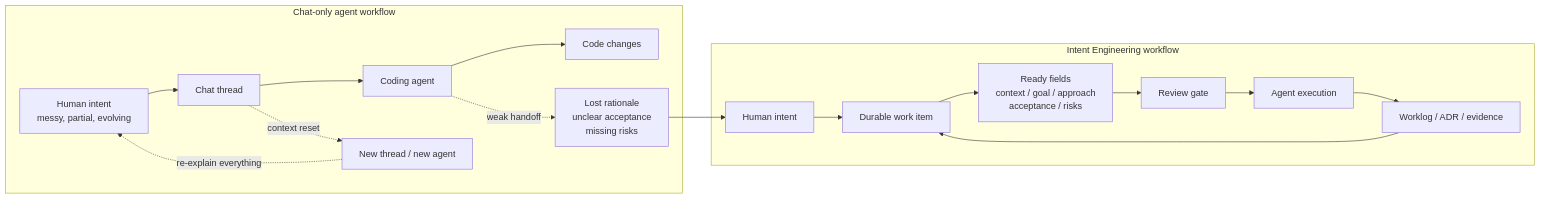
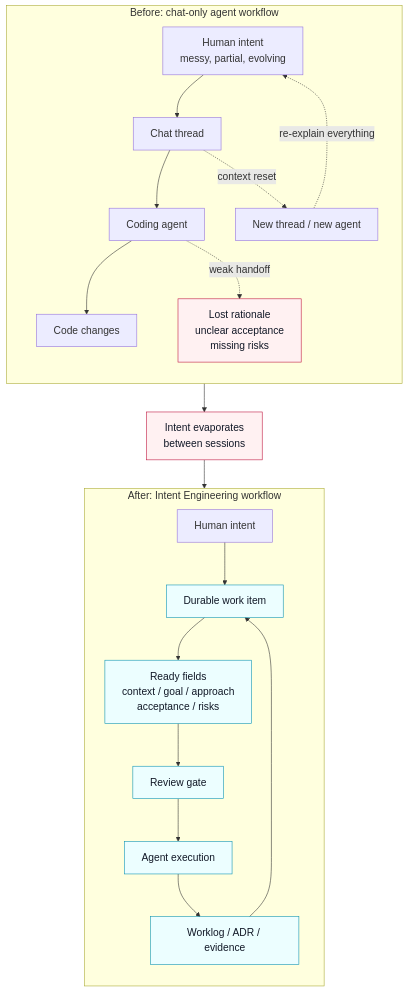
Before and after one commit to kanohorizonia/kano-agent-backlog-skill: the diagram in README.md, drawn with Mermaid.

Commit message:
KOB-TSK-0033: make intent diagram readable

````diff
--- a/README.md
+++ b/README.md
@@ -29,20 +29,31 @@
 ```mermaid
-flowchart LR
-    subgraph Before["Chat-only agent workflow"]
+%%{init: {"themeVariables": {"fontSize": "18px", "fontFamily": "Inter, Segoe UI, Arial, sans-serif"}} }%%
+flowchart TB
+    subgraph Before["Before: chat-only agent workflow"]
+        direction TB
         A["Human intent<br/>messy, partial, evolving"] --> B["Chat thread"]
         B --> C["Coding agent"]
         C --> D["Code changes"]
-        B -. context reset .-> E["New thread / new agent"]
-        E -. re-explain everything .-> A
-        C -. weak handoff .-> F["Lost rationale<br/>unclear acceptance<br/>missing risks"]
+        B -. "context reset" .-> E["New thread / new agent"]
+        E -. "re-explain everything" .-> A
+        C -. "weak handoff" .-> F["Lost rationale<br/>unclear acceptance<br/>missing risks"]
     end
-    subgraph After["Intent Engineering workflow"]
+
+    F --> G["Intent evaporates<br/>between sessions"]
+    G --> I
+
+    subgraph After["After: Intent Engineering workflow"]
+        direction TB
         I["Human intent"] --> W["Durable work item"]
         W --> R["Ready fields<br/>context / goal / approach<br/>acceptance / risks"]
         R --> H["Review gate"]
         H --> X["Agent execution"]
         X --> L["Worklog / ADR / evidence"]
         L --> W
     end
-    F --> I
+
+    classDef loss fill:#fff1f2,stroke:#be123c,color:#111827
+    classDef intent fill:#ecfeff,stroke:#0891b2,color:#111827
+    class F,G loss
+    class W,R,H,X,L intent
 ```
````
